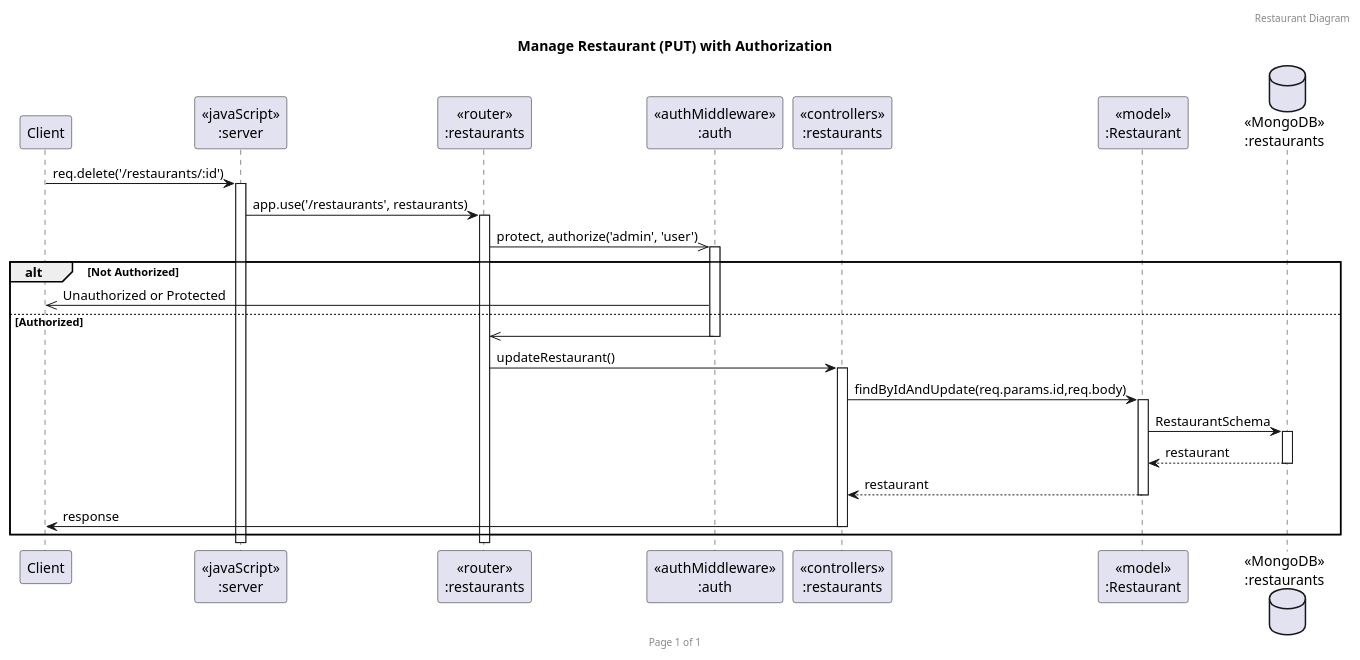
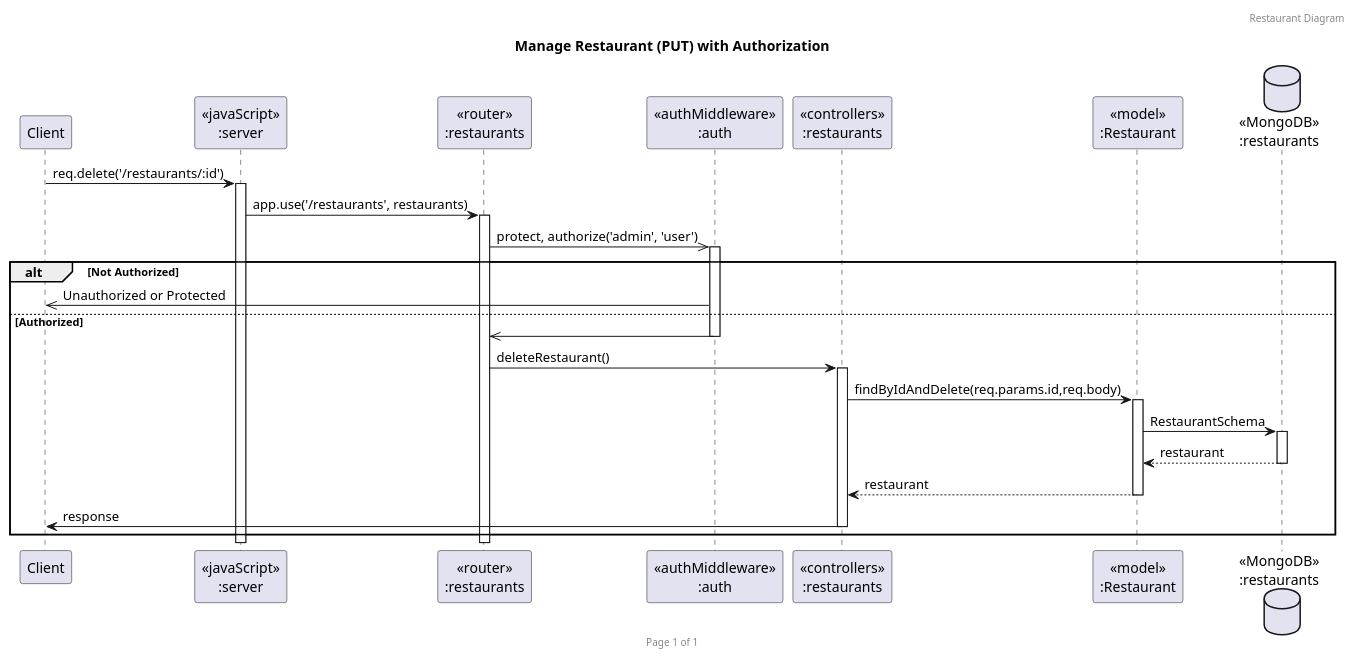
Before and after one commit to punchanabu/redrice-backend-express: the diagram in uml/restaurant(delete).puml, drawn with PlantUML. The commit also changed 2 other files, not shown here.

```diff
--- a/uml/restaurant(delete).puml
+++ b/uml/restaurant(delete).puml
@@ -1,32 +1,32 @@
 @startuml
 header Restaurant Diagram
 footer Page %page% of %lastpage%
 title "Manage Restaurant (PUT) with Authorization"
 
 participant "Client" as client
 participant "<<javaScript>>\n:server" as server
 participant "<<router>>\n:restaurants" as routerRestaurants
 participant "<<authMiddleware>>\n:auth" as authMiddleware
 participant "<<controllers>>\n:restaurants" as controllersRestaurants
 participant "<<model>>\n:Restaurant" as modelRestaurant
 database "<<MongoDB>>\n:restaurants" as RestaurantsDatabase
 
 client->server ++:req.delete('/restaurants/:id')
 server->routerRestaurants ++:app.use('/restaurants', restaurants)
 routerRestaurants->>authMiddleware ++:protect, authorize('admin', 'user')
 
 alt Not Authorized
     authMiddleware->>client :Unauthorized or Protected
 else Authorized
     authMiddleware->>routerRestaurants -- :
-    routerRestaurants->controllersRestaurants ++:updateRestaurant()
-    controllersRestaurants->modelRestaurant ++:findByIdAndUpdate(req.params.id,req.body)
+    routerRestaurants->controllersRestaurants ++:deleteRestaurant()
+    controllersRestaurants->modelRestaurant ++:findByIdAndDelete(req.params.id,req.body)
     modelRestaurant ->RestaurantsDatabase ++: RestaurantSchema
     RestaurantsDatabase --> modelRestaurant --: restaurant
     controllersRestaurants <-- modelRestaurant --: restaurant
     controllersRestaurants->client --:response
 end
 
 
 
 @enduml
```
